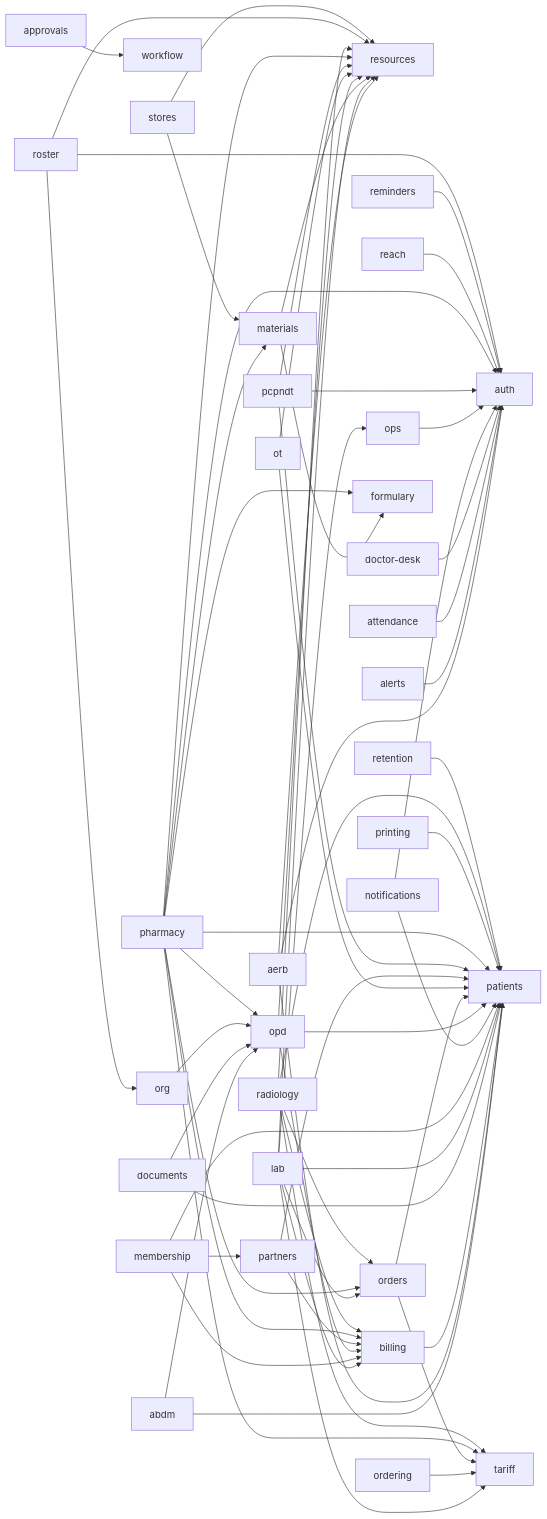
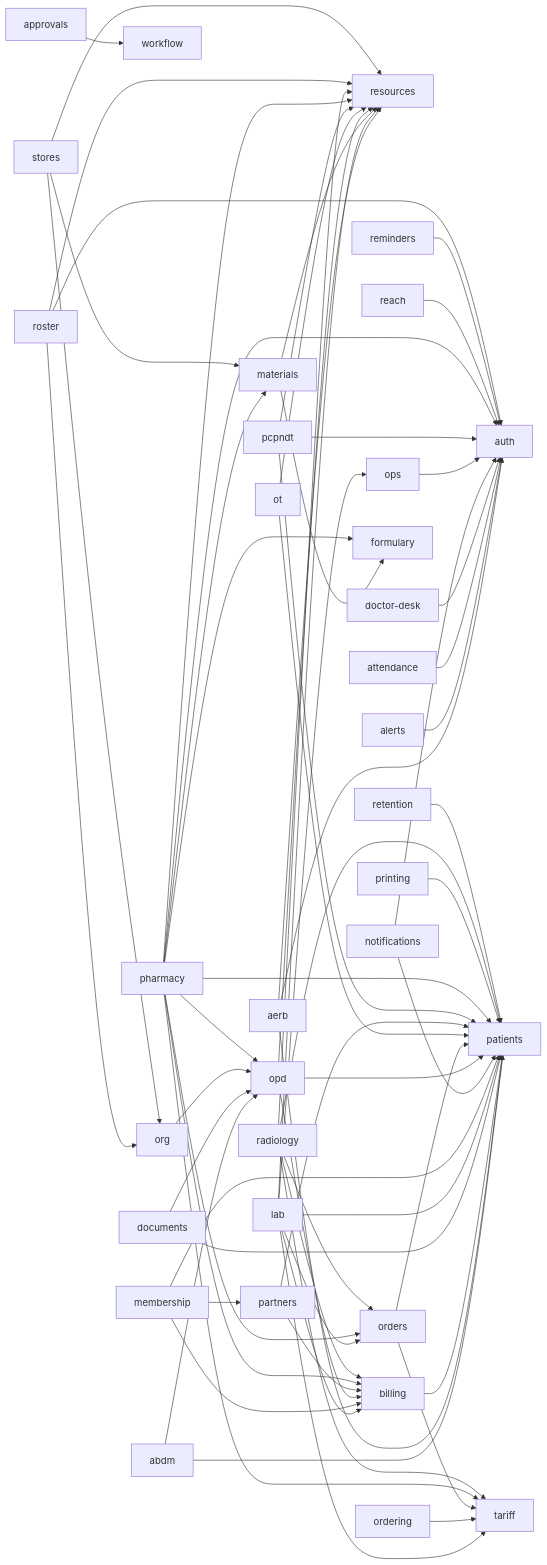
Before and after one commit to ankits3a/hims-hmis: the diagram in docs/architecture/schema.md, drawn with Mermaid. The commit also changed other lines of this file and 4 other files, not shown here.

Commit message:
docs(stores): S5a MAP.md §10d, architecture map regenerated; web: whole item name and equipment answers on the HOD's sheet, budgets as cards at 390 px (walk) (#1115)

````diff
--- a/docs/architecture/schema.md
+++ b/docs/architecture/schema.md
@@ -13,66 +13,67 @@
 ```mermaid
 flowchart LR
   abdm[abdm] --> opd[opd]
   abdm[abdm] --> patients[patients]
   aerb[aerb] --> auth[auth]
   aerb[aerb] --> patients[patients]
   aerb[aerb] --> resources[resources]
   alerts[alerts] --> auth[auth]
   approvals[approvals] --> workflow[workflow]
   attendance[attendance] --> auth[auth]
   billing[billing] --> patients[patients]
   doctor_desk[doctor-desk] --> auth[auth]
   documents[documents] --> opd[opd]
   documents[documents] --> patients[patients]
   lab[lab] --> billing[billing]
   lab[lab] --> ops[ops]
   lab[lab] --> orders[orders]
   lab[lab] --> patients[patients]
   lab[lab] --> resources[resources]
   lab[lab] --> tariff[tariff]
   materials[materials] --> formulary[formulary]
   materials[materials] --> resources[resources]
   membership[membership] --> billing[billing]
   membership[membership] --> partners[partners]
   membership[membership] --> patients[patients]
   notifications[notifications] --> auth[auth]
   notifications[notifications] --> patients[patients]
   opd[opd] --> billing[billing]
   opd[opd] --> patients[patients]
   opd[opd] --> resources[resources]
   ops[ops] --> auth[auth]
   ordering[ordering] --> tariff[tariff]
   orders[orders] --> patients[patients]
   orders[orders] --> tariff[tariff]
   org[org] --> opd[opd]
   ot[ot] --> patients[patients]
   ot[ot] --> resources[resources]
   partners[partners] --> billing[billing]
   partners[partners] --> patients[patients]
   pcpndt[pcpndt] --> auth[auth]
   pcpndt[pcpndt] --> patients[patients]
   pcpndt[pcpndt] --> resources[resources]
   pharmacy[pharmacy] --> auth[auth]
   pharmacy[pharmacy] --> billing[billing]
   pharmacy[pharmacy] --> formulary[formulary]
   pharmacy[pharmacy] --> materials[materials]
   pharmacy[pharmacy] --> opd[opd]
   pharmacy[pharmacy] --> orders[orders]
   pharmacy[pharmacy] --> patients[patients]
   pharmacy[pharmacy] --> resources[resources]
   pharmacy[pharmacy] --> tariff[tariff]
   printing[printing] --> patients[patients]
   radiology[radiology] --> billing[billing]
   radiology[radiology] --> orders[orders]
   radiology[radiology] --> patients[patients]
   radiology[radiology] --> resources[resources]
   radiology[radiology] --> tariff[tariff]
   reach[reach] --> auth[auth]
   reminders[reminders] --> auth[auth]
   retention[retention] --> patients[patients]
   roster[roster] --> auth[auth]
   roster[roster] --> org[org]
   roster[roster] --> resources[resources]
   stores[stores] --> materials[materials]
+  stores[stores] --> org[org]
   stores[stores] --> resources[resources]
 ```
````
